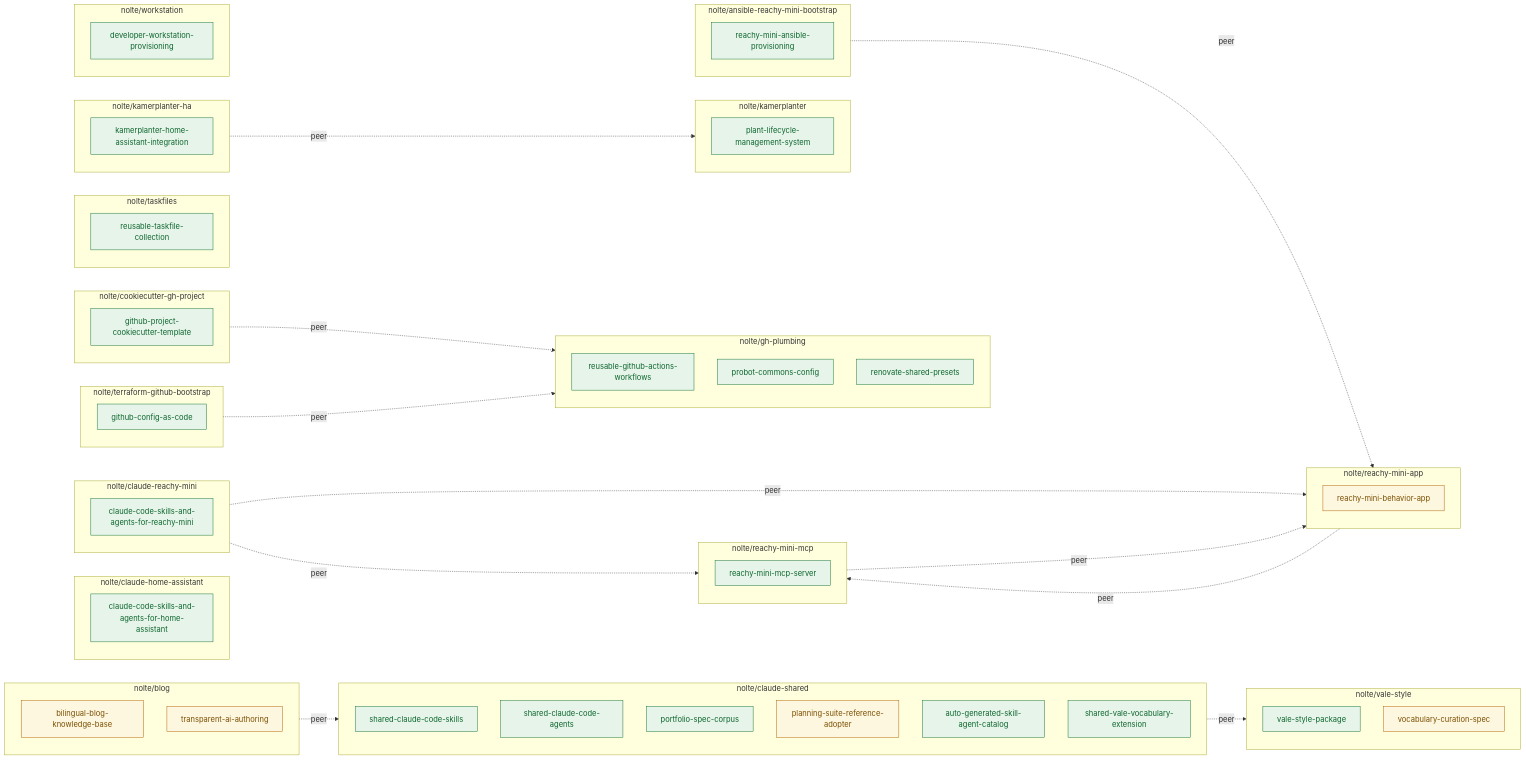
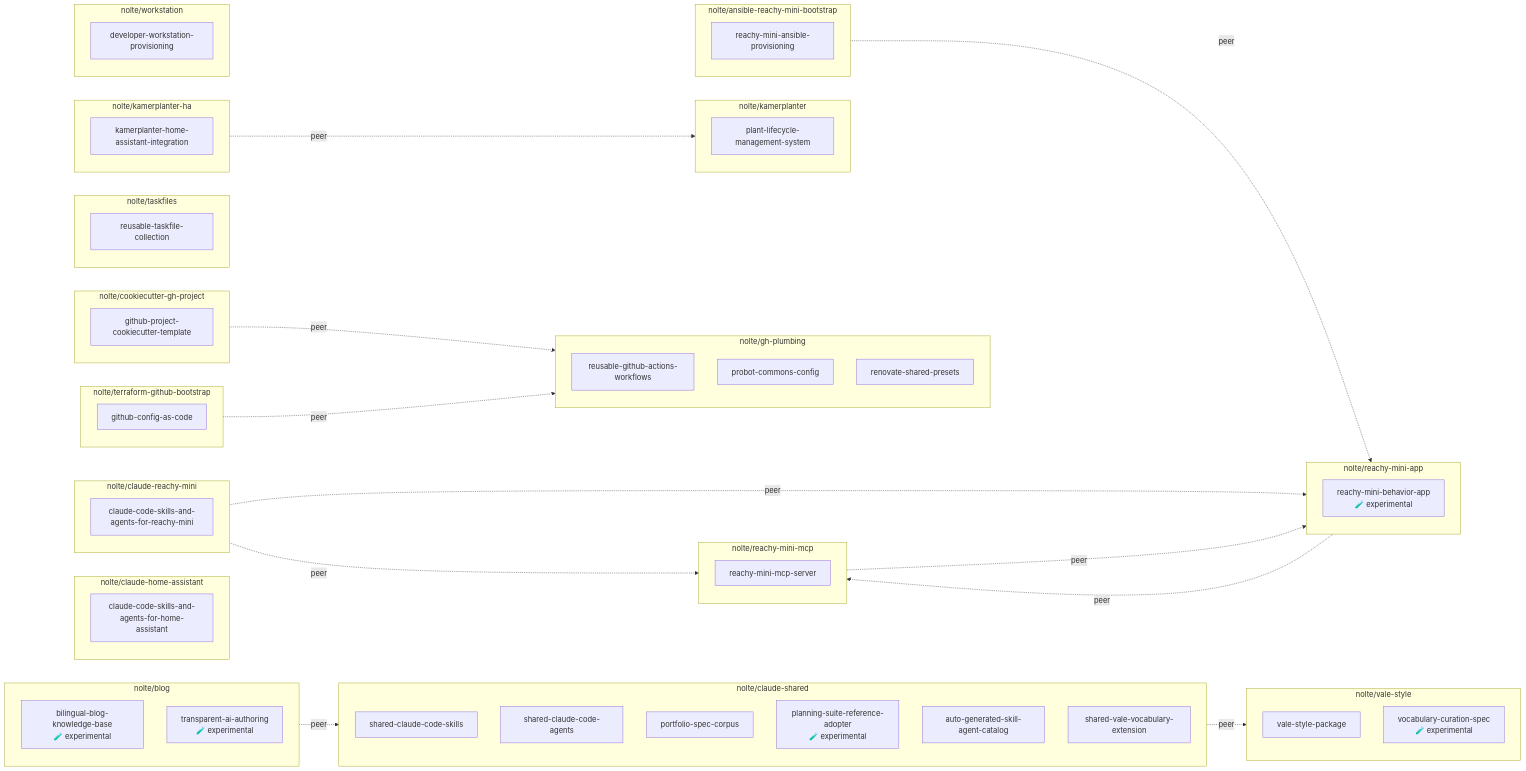
The first of 2 diagrams in docs/de/portfolio/index.md (nolte/claude-shared), drawn with Mermaid before and after one commit. The commit also changed 7 other files, not shown here.

````diff
--- a/docs/de/portfolio/index.md
+++ b/docs/de/portfolio/index.md
@@ -22,15 +22,11 @@
 ```mermaid
 flowchart LR
-    classDef active fill:#e6f4ea,stroke:#137333,color:#0d652d;
-    classDef experimental fill:#fef7e0,stroke:#b06000,color:#7a4f01;
-    classDef deprecated fill:#fce8e6,stroke:#a50e0e,color:#7a1c12;
-    classDef planned fill:#e8f0fe,stroke:#1967d2,color:#174ea6;
     subgraph R0["nolte/ansible-reachy-mini-bootstrap"]
         R0C0["reachy-mini-ansible-provisioning"]
     end
     subgraph R1["nolte/blog"]
-        R1C0["bilingual-blog-knowledge-base"]
-        R1C1["transparent-ai-authoring"]
+        R1C0["bilingual-blog-knowledge-base<br/>🧪 experimental"]
+        R1C1["transparent-ai-authoring<br/>🧪 experimental"]
     end
     subgraph R2["nolte/claude-home-assistant"]
         R2C0["claude-code-skills-and-agents-for-home-assistant"]
@@ -42,7 +38,7 @@
         R4C0["shared-claude-code-skills"]
         R4C1["shared-claude-code-agents"]
         R4C2["portfolio-spec-corpus"]
-        R4C3["planning-suite-reference-adopter"]
+        R4C3["planning-suite-reference-adopter<br/>🧪 experimental"]
         R4C4["auto-generated-skill-agent-catalog"]
         R4C5["shared-vale-vocabulary-extension"]
     end
@@ -61,7 +57,7 @@
         R8C0["kamerplanter-home-assistant-integration"]
     end
     subgraph R9["nolte/reachy-mini-app"]
-        R9C0["reachy-mini-behavior-app"]
+        R9C0["reachy-mini-behavior-app<br/>🧪 experimental"]
     end
     subgraph R10["nolte/reachy-mini-mcp"]
         R10C0["reachy-mini-mcp-server"]
@@ -74,35 +70,11 @@
     end
     subgraph R13["nolte/vale-style"]
         R13C0["vale-style-package"]
-        R13C1["vocabulary-curation-spec"]
+        R13C1["vocabulary-curation-spec<br/>🧪 experimental"]
     end
     subgraph R14["nolte/workstation"]
         R14C0["developer-workstation-provisioning"]
     end
-    class R0C0 active;
-    class R1C0 experimental;
-    class R1C1 experimental;
-    class R2C0 active;
-    class R3C0 active;
-    class R4C0 active;
-    class R4C1 active;
-    class R4C2 active;
-    class R4C3 experimental;
-    class R4C4 active;
-    class R4C5 active;
-    class R5C0 active;
-    class R6C0 active;
-    class R6C1 active;
-    class R6C2 active;
-    class R7C0 active;
-    class R8C0 active;
-    class R9C0 experimental;
-    class R10C0 active;
-    class R11C0 active;
-    class R12C0 active;
-    class R13C0 active;
-    class R13C1 experimental;
-    class R14C0 active;
     R0 -.peer.-> R9
     R1 -.peer.-> R4
     R3 -.peer.-> R9
````
